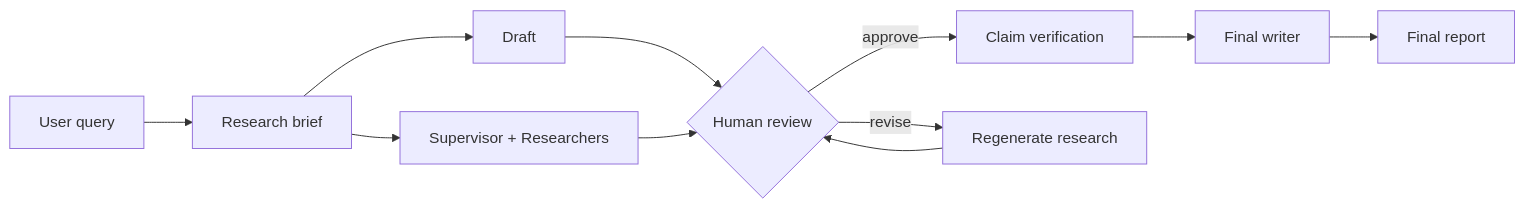
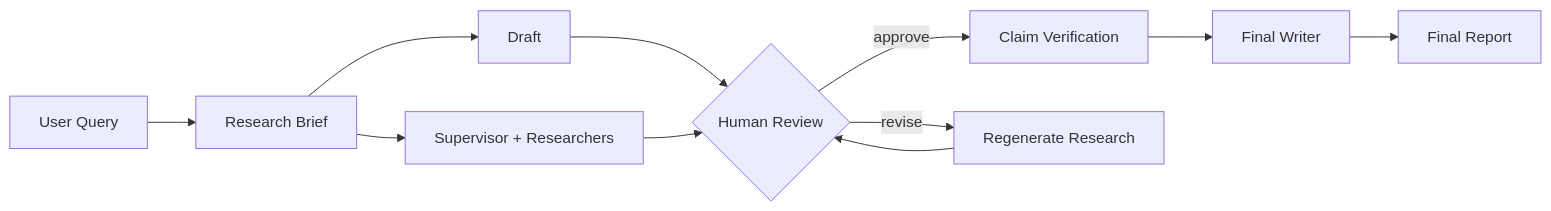
Before and after one commit to Yuebi-ui/deep-research-agent: the second of 2 diagrams in README.md, drawn with Mermaid. The commit also changed other lines of this file and 43 other files, not shown here.

````diff
--- a/README.md
+++ b/README.md
@@ -67,13 +57,13 @@
 ```mermaid
 flowchart LR
-    Q[User query] --> B[Research brief]
+    Q[User Query] --> B[Research Brief]
     B --> D[Draft]
     B --> S[Supervisor + Researchers]
-    D --> H{Human review}
+    D --> H{Human Review}
     S --> H
-    H -->|approve| V[Claim verification]
-    H -->|revise| R[Regenerate research]
+    H -->|approve| V[Claim Verification]
+    H -->|revise| R[Regenerate Research]
     R --> H
-    V --> W[Final writer]
-    W --> F[Final report]
+    V --> W[Final Writer]
+    W --> F[Final Report]
 ```
````
